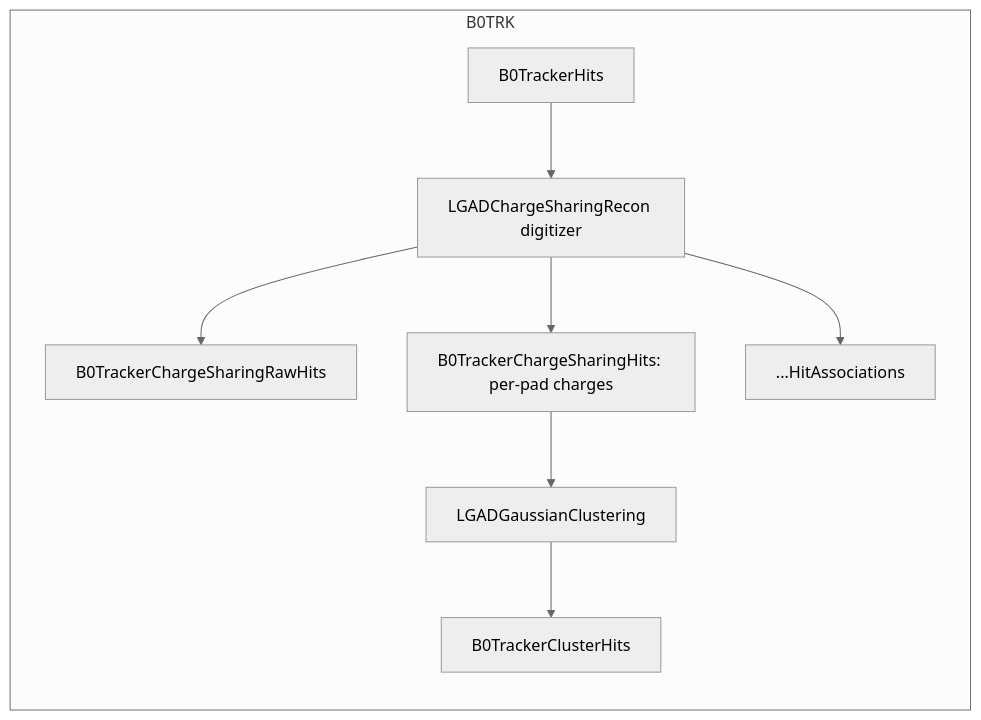
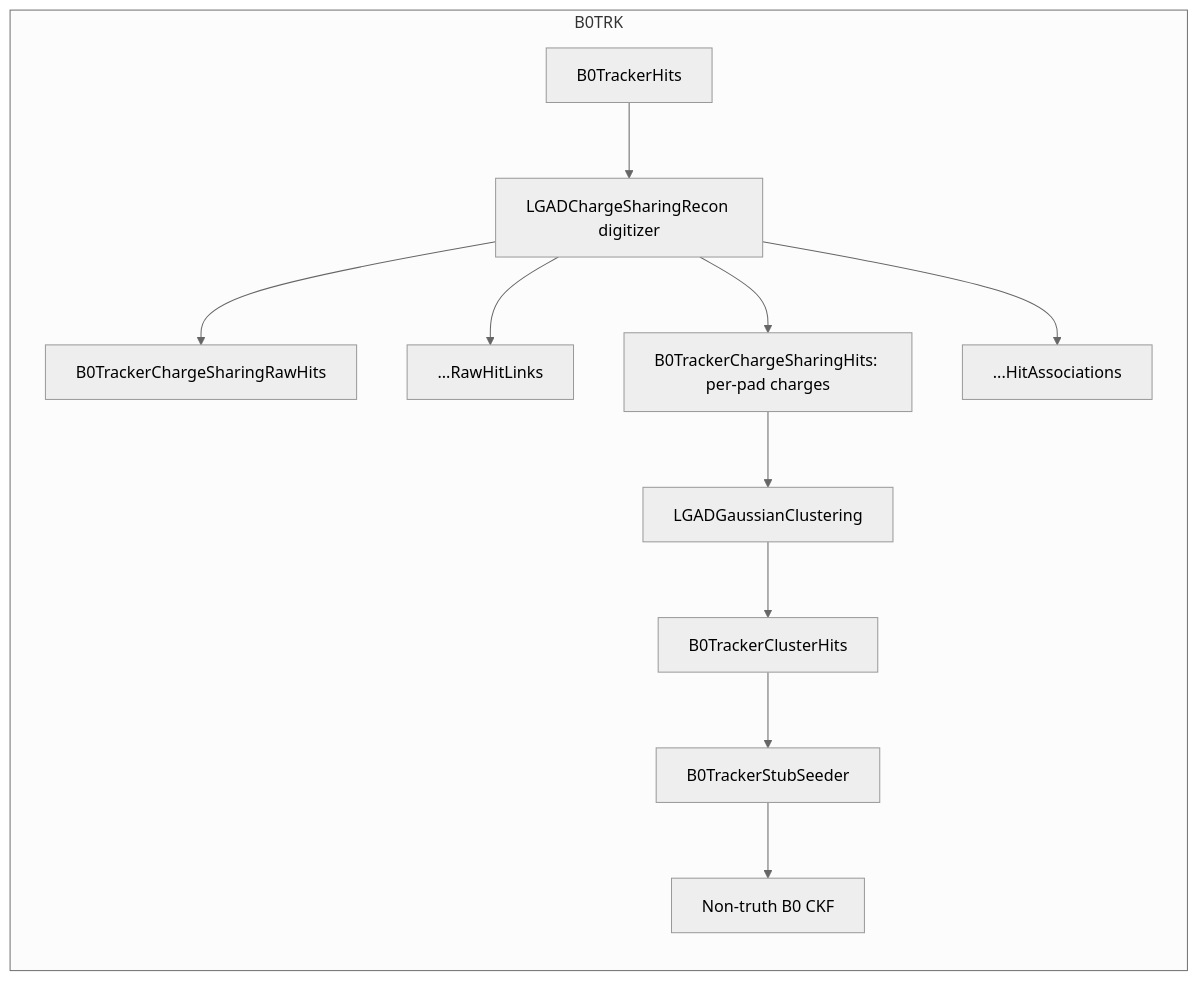
Before and after one commit to tom-bleher/ChargeSharing: the diagram in README.md, drawn with Mermaid (neutral theme). The commit also changed other lines of this file and 12 other files, not shown here.

````diff
--- a/README.md
+++ b/README.md
@@ -114,11 +139,14 @@
 ```mermaid
 flowchart LR
   subgraph B0TRK
     b0sim[B0TrackerHits] --> b0recon[LGADChargeSharingRecon digitizer]
     b0recon --> b0raw[B0TrackerChargeSharingRawHits]
+    b0recon --> b0links[...RawHitLinks]
     b0recon --> b0hits[B0TrackerChargeSharingHits: per-pad charges]
     b0recon --> b0assoc[...HitAssociations]
     b0hits --> b0clus[LGADGaussianClustering]
     b0clus --> b0meas[B0TrackerClusterHits]
+    b0meas --> b0seed[B0TrackerStubSeeder]
+    b0seed --> b0ckf[Non-truth B0 CKF]
   end
 ```
````
